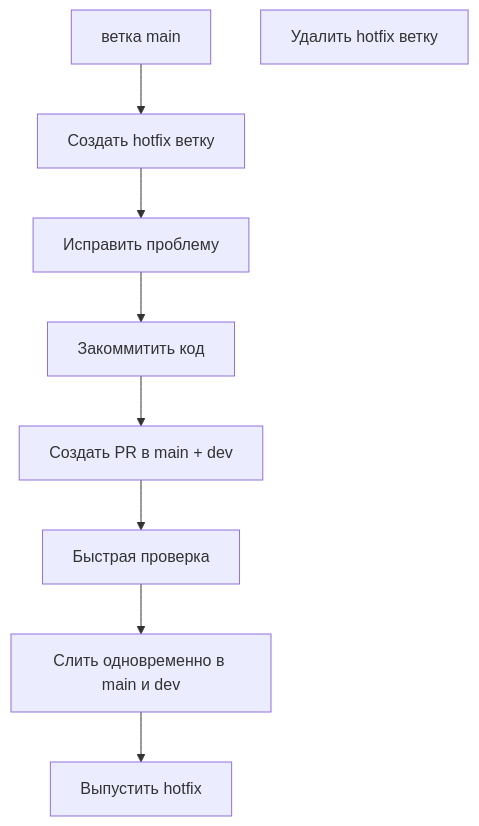
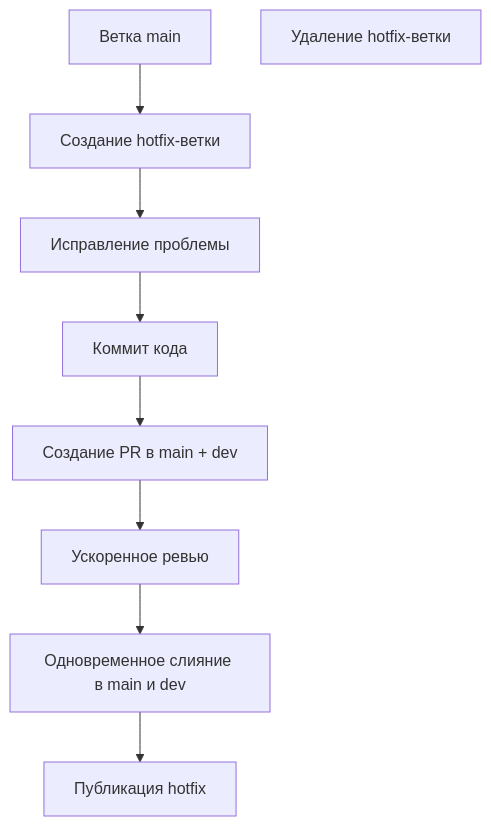
Before and after one commit to ChenXu233/YaoXiang: the second of 3 diagrams in docs/src/ru/dev/branch-maintenance-guide.md, drawn with Mermaid. The commit also changed other lines of this file and 142 other files, not shown here.

````diff
--- a/docs/src/ru/dev/branch-maintenance-guide.md
+++ b/docs/src/ru/dev/branch-maintenance-guide.md
@@ -167,11 +168,11 @@
 ```mermaid
 graph TD
-    A[ветка main] --> B[Создать hotfix ветку]
-    B --> C[Исправить проблему]
-    C --> D[Закоммитить код]
-    D --> E[Создать PR в main + dev]
-    E --> F[Быстрая проверка]
-    F --> G[Слить одновременно в main и dev]
-    G --> H[Выпустить hotfix]
-    I[Удалить hotfix ветку]
+    A[Ветка main] --> B[Создание hotfix-ветки]
+    B --> C[Исправление проблемы]
+    C --> D[Коммит кода]
+    D --> E[Создание PR в main + dev]
+    E --> F[Ускоренное ревью]
+    F --> G[Одновременное слияние в main и dev]
+    G --> H[Публикация hotfix]
+    I[Удаление hotfix-ветки]
 ```
````
